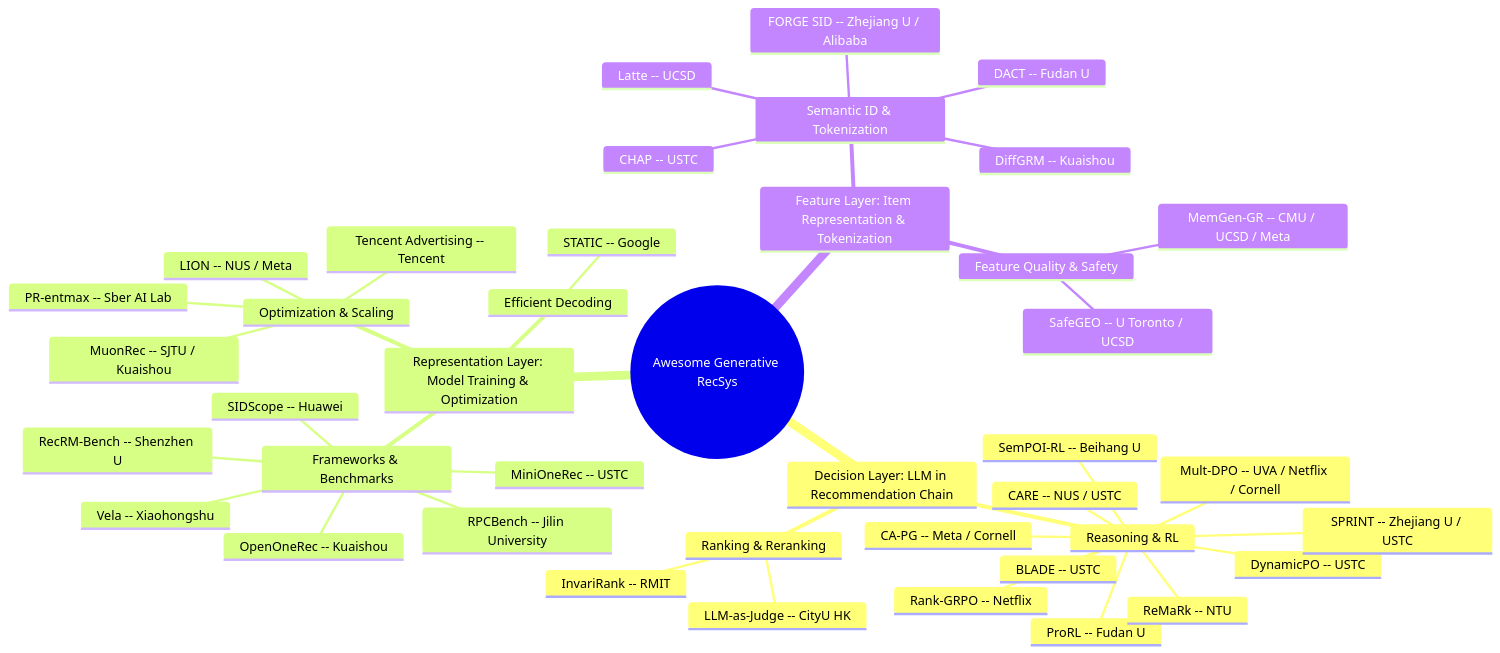
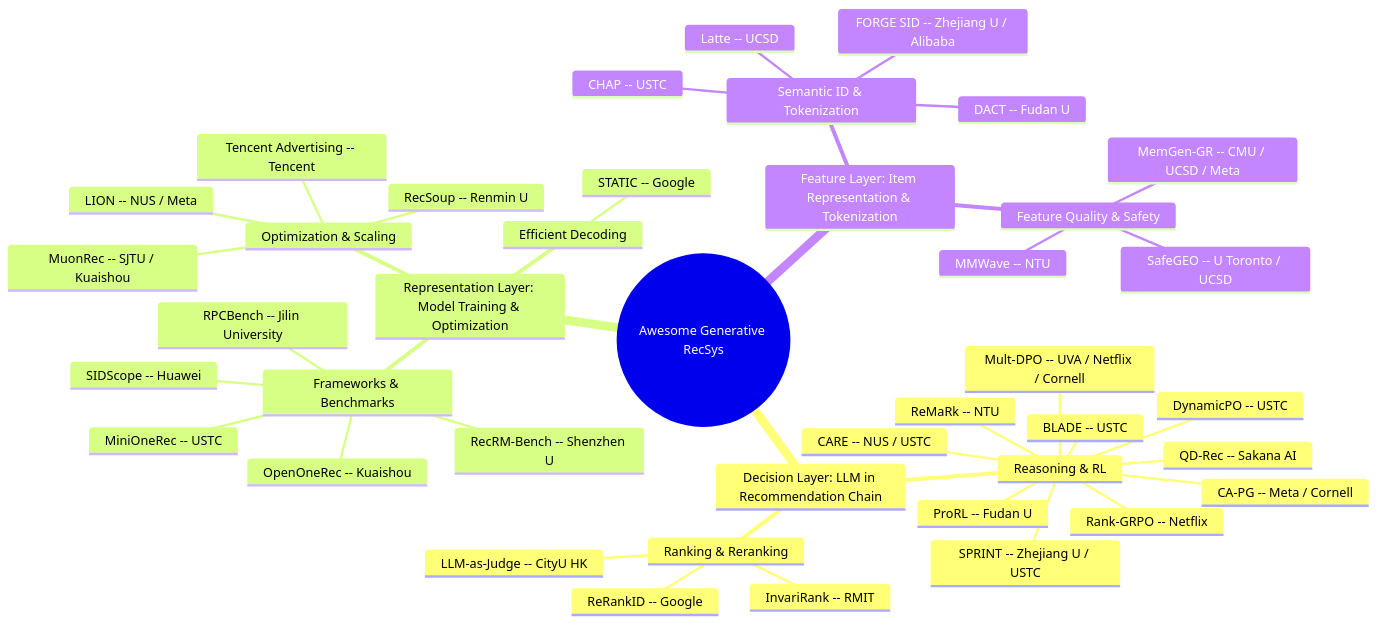
One commit to HaFred/awesome-generative-recsys changed the diagram in README.md. Above: the diagram before and after it, drawn with Mermaid. The commit also changed other lines of this file and 3 other files, not shown here.

Commit message:
opensource: ReRankID + QD-Rec + RecSoup + MMWave join Oct 19 gen-rec hunt (4/6 OS); archive Oct 08

````diff
--- a/README.md
+++ b/README.md
@@ -30,44 +30,44 @@
 ```mermaid
 mindmap
   root((Awesome Generative RecSys))
     Decision Layer: LLM in Recommendation Chain
       Reasoning & RL
         Rank-GRPO -- Netflix
         DynamicPO -- USTC
         BLADE -- USTC
         SPRINT -- Zhejiang U / USTC
         CARE -- NUS / USTC
         Mult-DPO -- UVA / Netflix / Cornell
         CA-PG -- Meta / Cornell
         ProRL -- Fudan U
         ReMaRk -- NTU
-        SemPOI-RL -- Beihang U
+        QD-Rec -- Sakana AI
       Ranking & Reranking
         InvariRank -- RMIT
         LLM-as-Judge -- CityU HK
+        ReRankID -- Google
     Representation Layer: Model Training & Optimization
       Frameworks & Benchmarks
         MiniOneRec -- USTC
         OpenOneRec -- Kuaishou
         RecRM-Bench -- Shenzhen U
         SIDScope -- Huawei
         RPCBench -- Jilin University
-        Vela -- Xiaohongshu
       Efficient Decoding
         STATIC -- Google
       Optimization & Scaling
         MuonRec -- SJTU / Kuaishou
         Tencent Advertising -- Tencent
         LION -- NUS / Meta
-        PR-entmax -- Sber AI Lab
+        RecSoup -- Renmin U
     Feature Layer: Item Representation & Tokenization
       Semantic ID & Tokenization
         Latte -- UCSD
         FORGE SID -- Zhejiang U / Alibaba
         DACT -- Fudan U
         CHAP -- USTC
-        DiffGRM -- Kuaishou
       Feature Quality & Safety
         SafeGEO -- U Toronto / UCSD
         MemGen-GR -- CMU / UCSD / Meta
+        MMWave -- NTU
 ```
````
